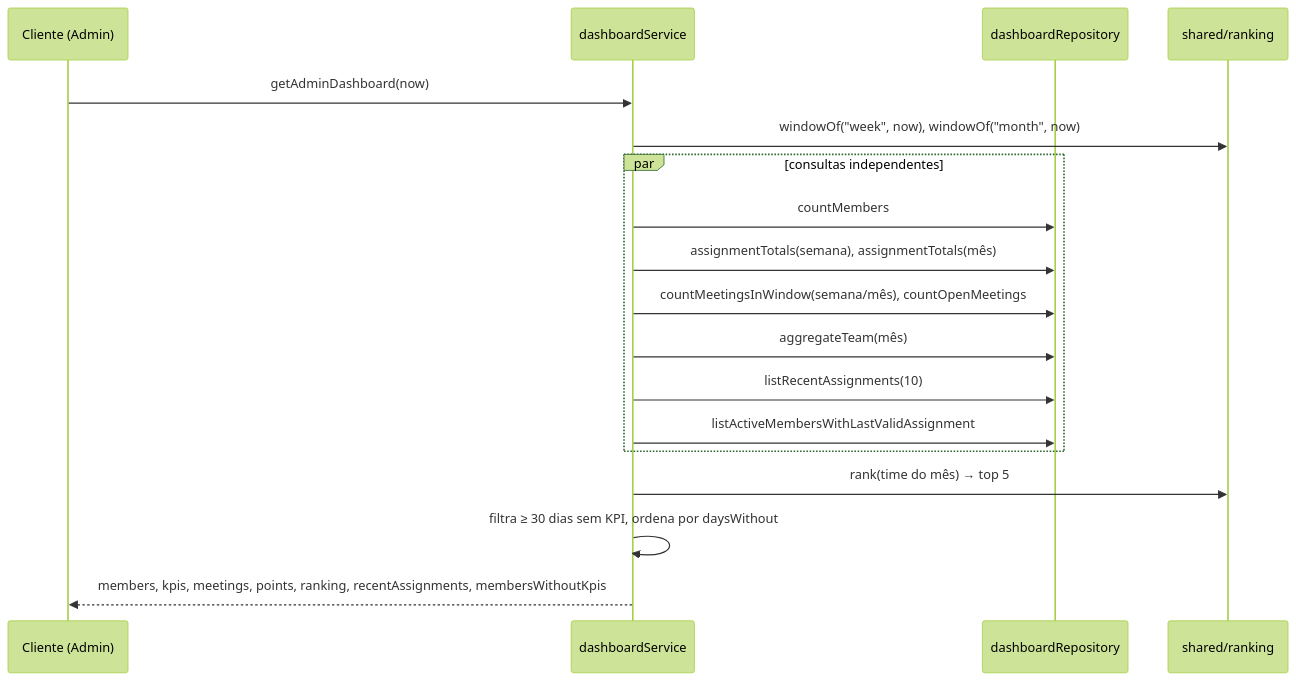
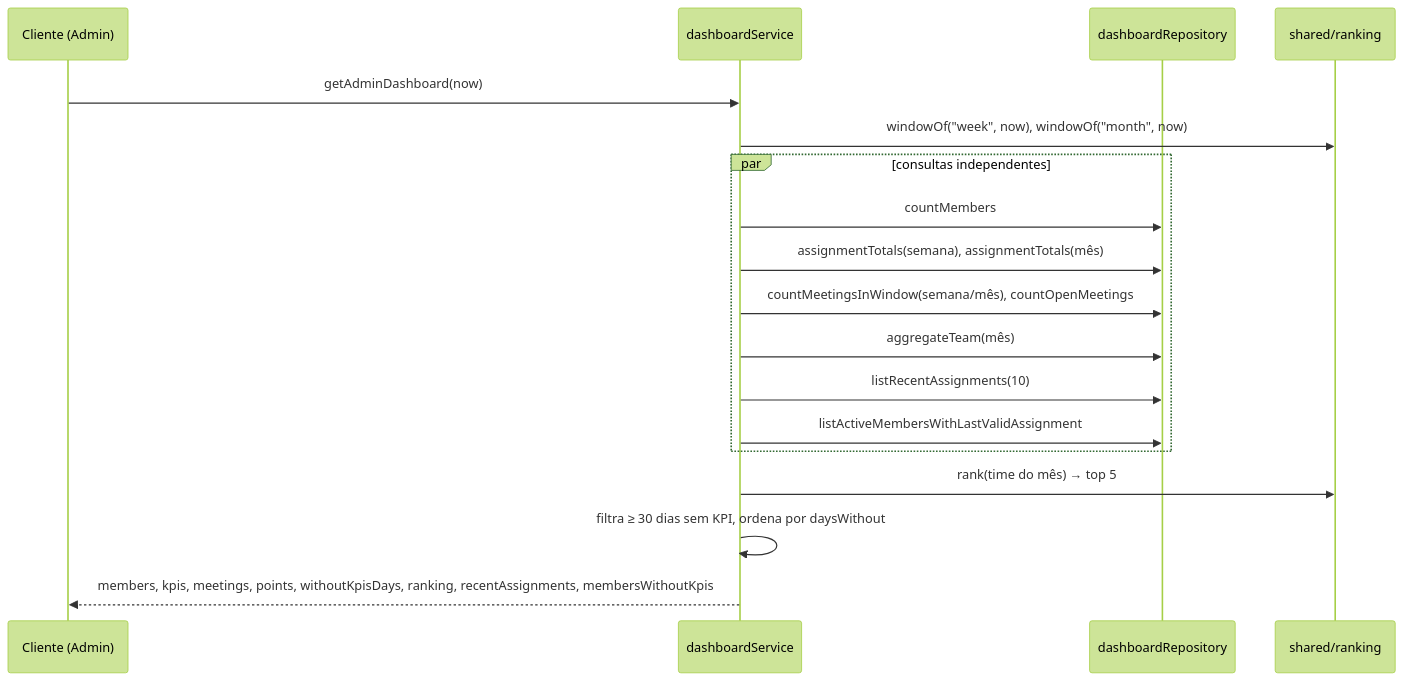
The diagram in docs/modules/dashboard.md (TiagoM13/kpi-corp), drawn with Mermaid (forest theme) before and after one commit. The commit also changed other lines of this file and 6 other files, not shown here.

````diff
--- a/docs/modules/dashboard.md
+++ b/docs/modules/dashboard.md
@@ -34,21 +38,21 @@
 ```mermaid
 sequenceDiagram
     participant C as Cliente (Admin)
     participant S as dashboardService
     participant R as dashboardRepository
     participant P as shared/ranking
 
     C->>S: getAdminDashboard(now)
     S->>P: windowOf("week", now), windowOf("month", now)
     par consultas independentes
         S->>R: countMembers
         S->>R: assignmentTotals(semana), assignmentTotals(mês)
         S->>R: countMeetingsInWindow(semana/mês), countOpenMeetings
         S->>R: aggregateTeam(mês)
         S->>R: listRecentAssignments(10)
         S->>R: listActiveMembersWithLastValidAssignment
     end
     S->>P: rank(time do mês) → top 5
     S->>S: filtra ≥ 30 dias sem KPI, ordena por daysWithout
-    S-->>C: members, kpis, meetings, points, ranking, recentAssignments, membersWithoutKpis
+    S-->>C: members, kpis, meetings, points, withoutKpisDays, ranking, recentAssignments, membersWithoutKpis
 ```
````
